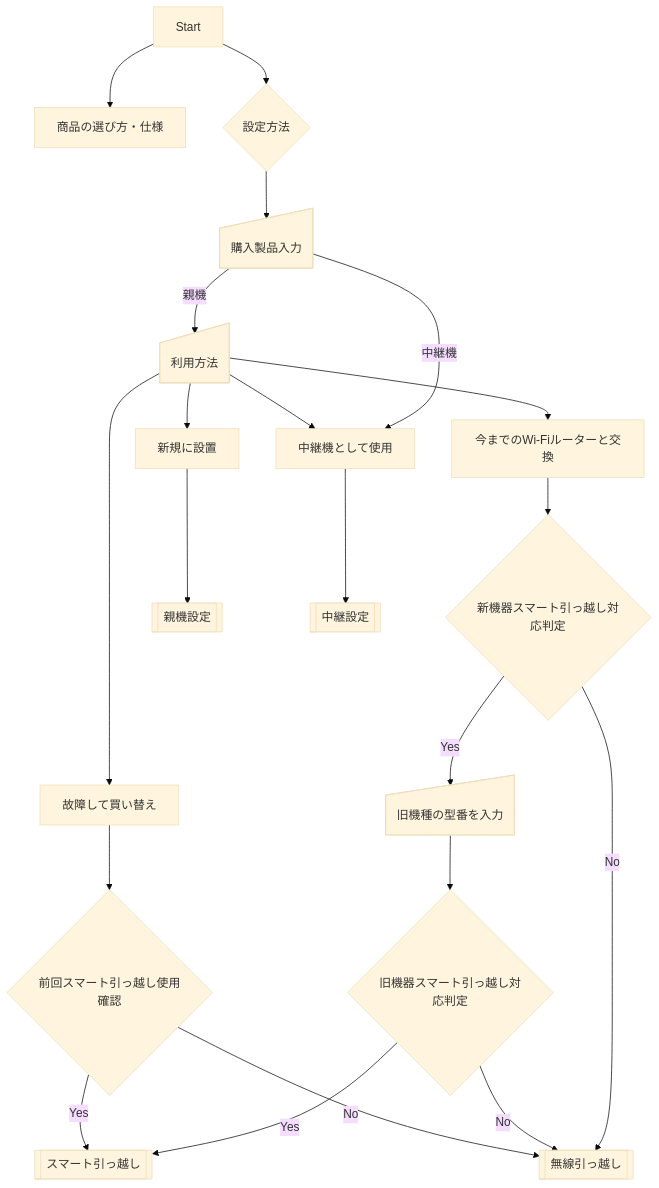
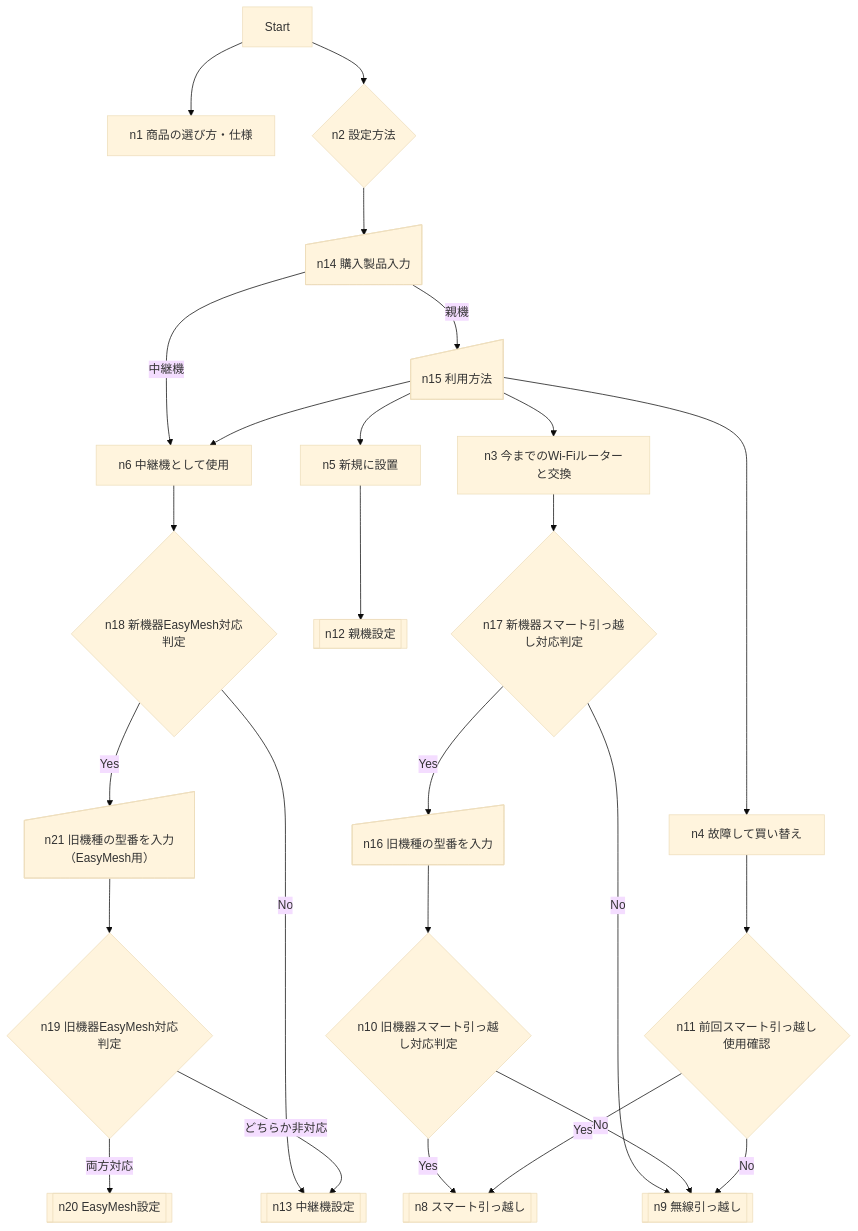
One commit to murai-buffalo/support-flow changed the diagram in docs/flow/start.mermaid. Above: the diagram before and after it, drawn with Mermaid (base theme). The commit also changed 7 other files, not shown here.

Commit message:
Add EasyMesh flow separation - create dedicated old router input page for EasyMesh setup

```diff
--- a/docs/flow/start.mermaid
+++ b/docs/flow/start.mermaid
@@ -1,36 +1,45 @@
 ---
 config:
   layout: dagre
 ---
 flowchart TD
-    start["Start"] --> n1["商品の選び方・仕様"] & n2["設定方法"]
-    n2 --> n14["購入製品入力"]
-    n14 -- 親機 --> n15["利用方法"]
-    n14 -- 中継機 --> n6["中継機として使用"]
+    start["Start"] --> n1["n1 商品の選び方・仕様"] & n2["n2 設定方法"]
+    n2 --> n14["n14 購入製品入力"]
+    n14 -- 親機 --> n15["n15 利用方法"]
+    n14 -- 中継機 --> n6["n6 中継機として使用"]
     n15 --> n6 & n4 & n3 & n5
     
-    n3["今までのWi-Fiルーターと交換"] --> n17["新機器スマート引っ越し対応判定"]
-    n17 -- Yes --> n16["旧機種の型番を入力"]
-    n17 -- No --> n9["無線引っ越し"]
-    n16 --> n10["旧機器スマート引っ越し対応判定"]
-    n10 -- Yes --> n8["スマート引っ越し"]
+    n3["n3 今までのWi-Fiルーターと交換"] --> n17["n17 新機器スマート引っ越し対応判定"]
+    n17 -- Yes --> n16["n16 旧機種の型番を入力"]
+    n17 -- No --> n9["n9 無線引っ越し"]
+    n16 --> n10["n10 旧機器スマート引っ越し対応判定"]
+    n10 -- Yes --> n8["n8 スマート引っ越し"]
     n10 -- No --> n9
-    
-    n4["故障して買い替え"] --> n11["前回スマート引っ越し使用確認"]
+
+    n4["n4 故障して買い替え"] --> n11["n11 前回スマート引っ越し使用確認"]
     n11 -- Yes --> n8
     n11 -- No --> n9
-    
-    n5["新規に設置"] --> n12["親機設定"]
-    n6 --> n13["中継設定"]
+
+    n5["n5 新規に設置"] --> n12["n12 親機設定"]
+    n6 --> n18["n18 新機器EasyMesh対応判定"]
+    n18 -- Yes --> n21["n21 旧機種の型番を入力（EasyMesh用）"]
+    n18 -- No --> n13["n13 中継機設定"]
+    n21 --> n19["n19 旧機器EasyMesh対応判定"]
+    n19 -- "両方対応" --> n20["n20 EasyMesh設定"]
+    n19 -- "どちらか非対応" --> n13
     
     n2@{ shape: diam}
     n14@{ shape: manual-input}
     n15@{ shape: manual-input}
     n17@{ shape: diam}
     n16@{ shape: manual-input}
+    n21@{ shape: manual-input}
     n10@{ shape: diam}
     n11@{ shape: diam}
+    n18@{ shape: diam}
+    n19@{ shape: diam}
     n8@{ shape: subproc}
     n9@{ shape: subproc}
     n12@{ shape: subproc}
     n13@{ shape: subproc}
+    n20@{ shape: subproc}
```
